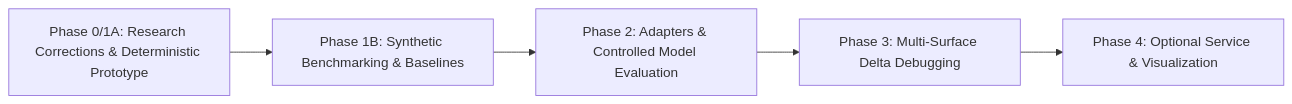
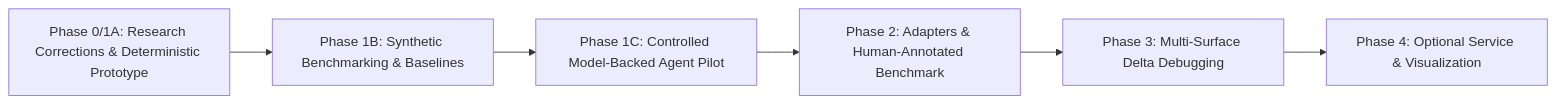
The diagram in README.md (yash-mishraa/AgentXRay), drawn with Mermaid before and after one commit. The commit also changed other lines of this file and 23 other files, not shown here.

Commit message:
feat: add controlled model-backed experiment harness

````diff
--- a/README.md
+++ b/README.md
@@ -84,7 +84,8 @@
 ```mermaid
 flowchart LR
     P0["Phase 0/1A: Research Corrections & Deterministic Prototype"] --> P1["Phase 1B: Synthetic Benchmarking & Baselines"]
-    P1 --> P2["Phase 2: Adapters & Controlled Model Evaluation"]
+    P1 --> P1C["Phase 1C: Controlled Model-Backed Agent Pilot"]
+    P1C --> P2["Phase 2: Adapters & Human-Annotated Benchmark"]
     P2 --> P3["Phase 3: Multi-Surface Delta Debugging"]
     P3 --> P4["Phase 4: Optional Service & Visualization"]
 ```
````
